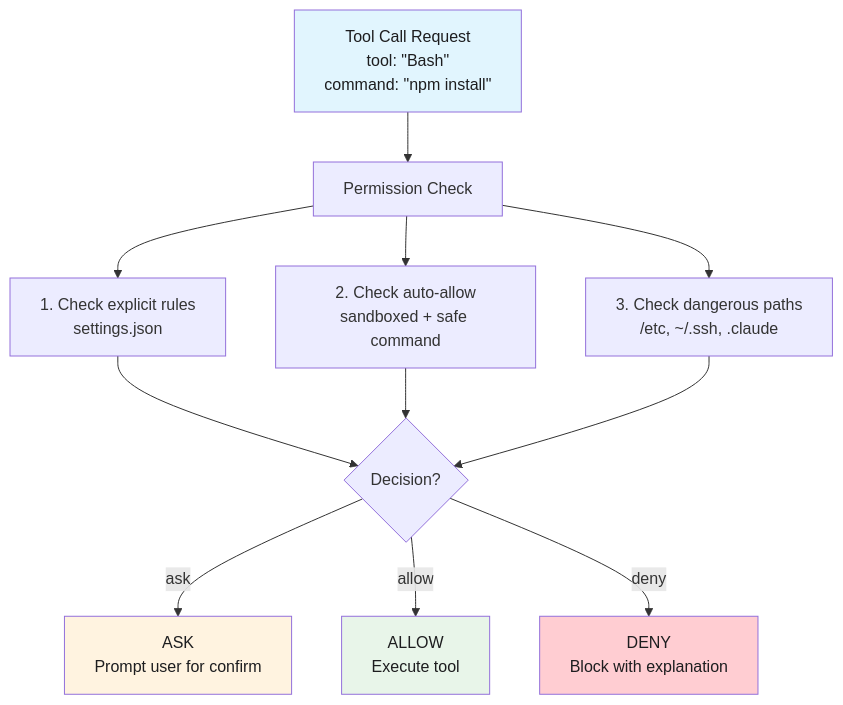
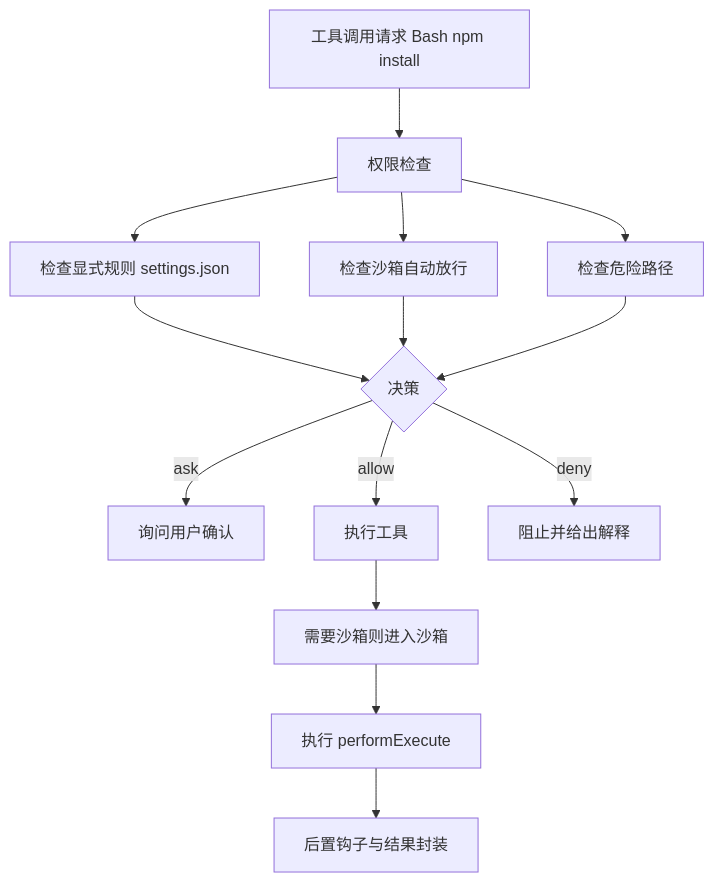
One commit to Shyu-x/frontend-interview changed the fifth of 9 diagrams in docs/agent/case-studies/claude-code-deep-analysis.md. Above: the diagram before and after it, drawn with Mermaid. The commit also changed other lines of this file and 58 other files, not shown here.

````diff
--- a/docs/agent/case-studies/claude-code-deep-analysis.md
+++ b/docs/agent/case-studies/claude-code-deep-analysis.md
@@ -791,17 +571,16 @@
 ```mermaid
-flowchart TB
-    A["Tool Call Request<br/>tool: #quot;Bash#quot;<br/>command: #quot;npm install#quot;"] --> B["Permission Check"]
-    B --> C["1. Check explicit rules<br/>settings.json"]
-    B --> D["2. Check auto-allow<br/>sandboxed + safe command"]
-    B --> E["3. Check dangerous paths<br/>/etc, ~/.ssh, .claude"]
-    C --> F{"Decision?"}
+flowchart TD
+    A["工具调用请求 Bash npm install"] --> B["权限检查"]
+    B --> C["检查显式规则 settings.json"]
+    B --> D["检查沙箱自动放行"]
+    B --> E["检查危险路径"]
+    C --> F{"决策"}
     D --> F
     E --> F
-    F -->|ask| G["ASK<br/>Prompt user for confirm"]
-    F -->|allow| H["ALLOW<br/>Execute tool"]
-    F -->|deny| I["DENY<br/>Block with explanation"]
-    style A fill:#e1f5fe,color:#1d1d1f
-    style G fill:#fff3e0,color:#1d1d1f
-    style H fill:#e8f5e9,color:#1d1d1f
-    style I fill:#ffcdd2,color:#1d1d1f
+    F -->|"ask"| G["询问用户确认"]
+    F -->|"allow"| H["执行工具"]
+    F -->|"deny"| I["阻止并给出解释"]
+    H --> J["需要沙箱则进入沙箱"]
+    J --> K["执行 performExecute"]
+    K --> L["后置钩子与结果封装"]
 ```
````
